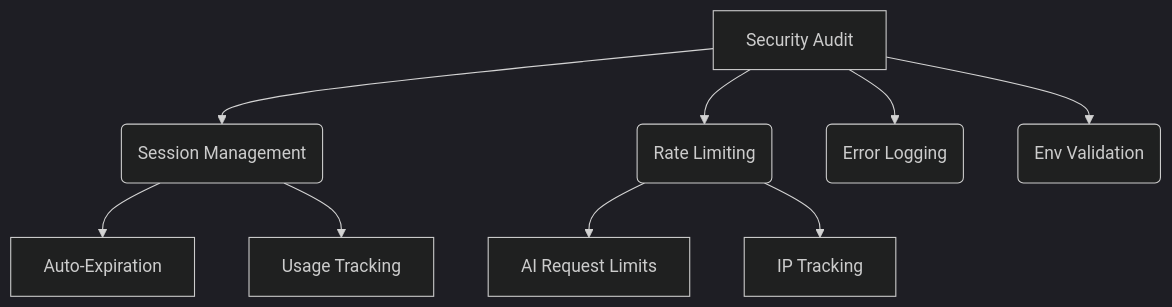
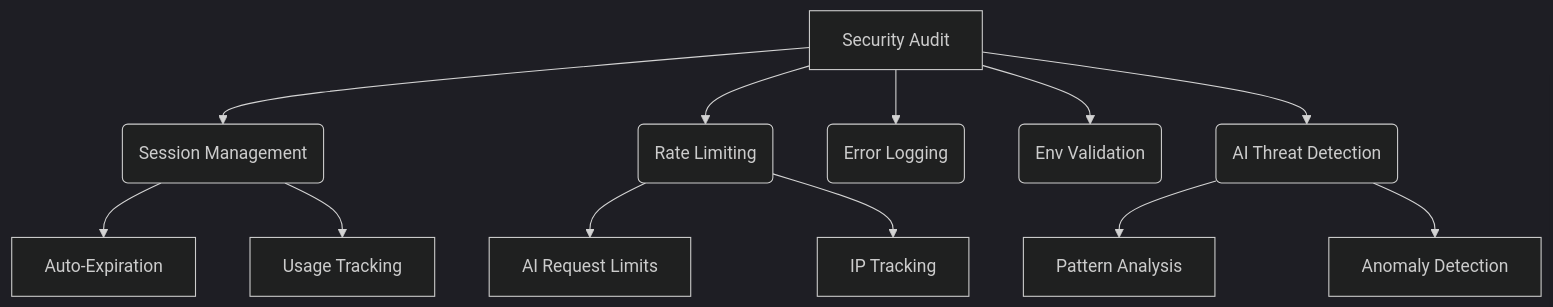
One commit to dfrostar/CyberSentinel changed the diagram in README.md. Above: the diagram before and after it, drawn with Mermaid (dark theme). The commit also changed other lines of this file, not shown here.

````diff
--- a/README.md
+++ b/README.md
@@ -61,11 +83,14 @@
 ```mermaid
 graph TD
   A[Security Audit] --> B(Session Management)
   A --> C(Rate Limiting)
   A --> D(Error Logging)
   A --> E(Env Validation)
   B --> F[Auto-Expiration]
   B --> G[Usage Tracking]
   C --> H[AI Request Limits]
   C --> I[IP Tracking]
+  A --> J(AI Threat Detection)
+  J --> K[Pattern Analysis]
+  J --> L[Anomaly Detection]
 ```
````
